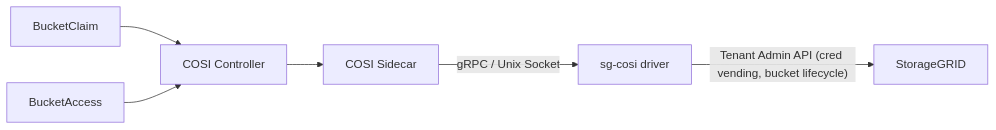
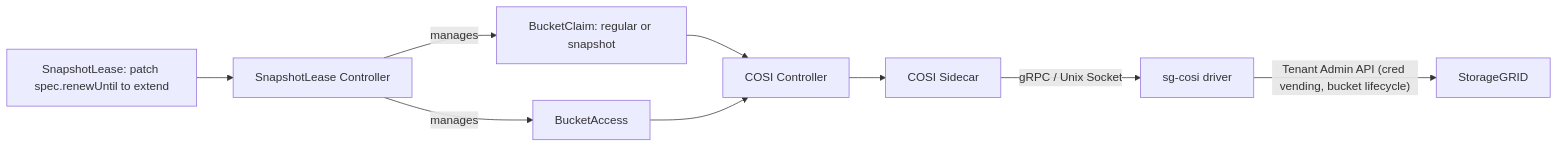
The diagram in README.md (scaleoutsean/sg-cosi), drawn with Mermaid before and after one commit. The commit also changed other lines of this file and 2 other files, not shown here.

````diff
--- a/README.md
+++ b/README.md
@@ -327,8 +333,11 @@
 ```mermaid
 graph LR
-    BC[BucketClaim] --> CC[COSI Controller]
+  SL[SnapshotLease: patch spec.renewUntil to extend] --> SLC[SnapshotLease Controller]
+  SLC -- manages --> BC[BucketClaim: regular or snapshot]
+  SLC -- manages --> BA[BucketAccess]
+  BC --> CC[COSI Controller]
     BA[BucketAccess] --> CC
     CC --> CS[COSI Sidecar]
     CS -- gRPC / Unix Socket --> D[sg-cosi driver]
     D -- Tenant Admin API (cred vending, bucket lifecycle) --> TCD[StorageGRID]
 ```
````
